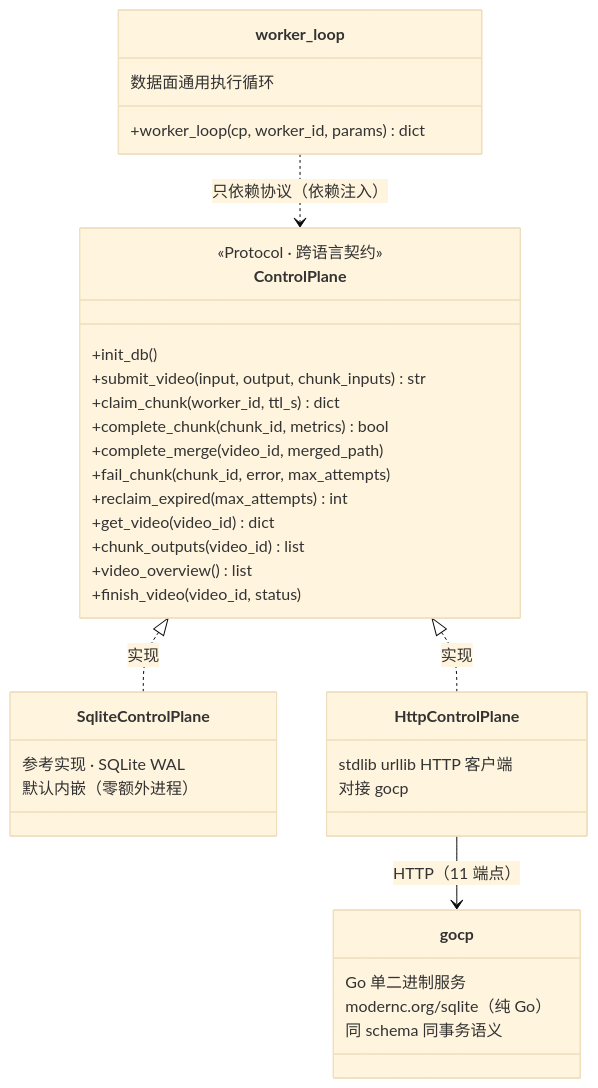
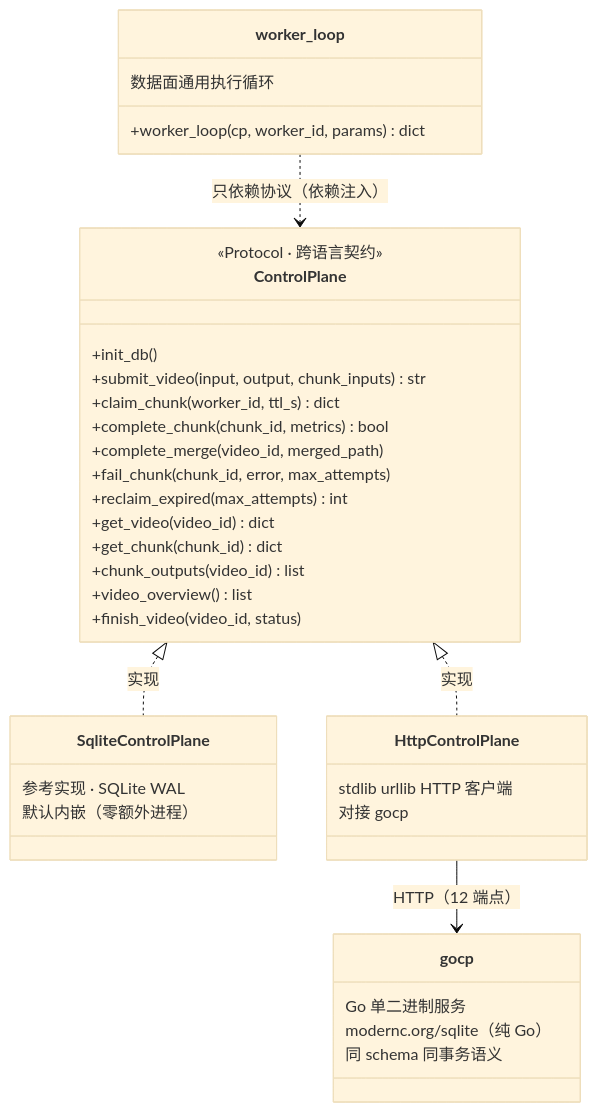
One commit to Zzz-ww/face-blur-lite changed the eighth of 11 diagrams in docs/design.md. Above: the diagram before and after it, drawn with Mermaid (base theme). The commit also changed other lines of this file and 4 other files, not shown here.

````diff
--- a/docs/design.md
+++ b/docs/design.md
@@ -377,40 +378,41 @@
 ```mermaid
 classDiagram
     direction TB
     class ControlPlane {
         <<Protocol · 跨语言契约>>
         +init_db()
         +submit_video(input, output, chunk_inputs) str
         +claim_chunk(worker_id, ttl_s) dict
         +complete_chunk(chunk_id, metrics) bool
         +complete_merge(video_id, merged_path)
         +fail_chunk(chunk_id, error, max_attempts)
         +reclaim_expired(max_attempts) int
         +get_video(video_id) dict
+        +get_chunk(chunk_id) dict
         +chunk_outputs(video_id) list
         +video_overview() list
         +finish_video(video_id, status)
     }
     class SqliteControlPlane {
         参考实现 · SQLite WAL
         默认内嵌（零额外进程）
     }
     class HttpControlPlane {
         stdlib urllib HTTP 客户端
         对接 gocp
     }
     class gocp {
         Go 单二进制服务
         modernc.org/sqlite（纯 Go）
         同 schema 同事务语义
     }
     class worker_loop {
         数据面通用执行循环
         +worker_loop(cp, worker_id, params) dict
     }
 
     ControlPlane <|.. SqliteControlPlane : 实现
     ControlPlane <|.. HttpControlPlane : 实现
-    HttpControlPlane --> gocp : HTTP（11 端点）
+    HttpControlPlane --> gocp : HTTP（12 端点）
     worker_loop ..> ControlPlane : 只依赖协议（依赖注入）
 ```
````
